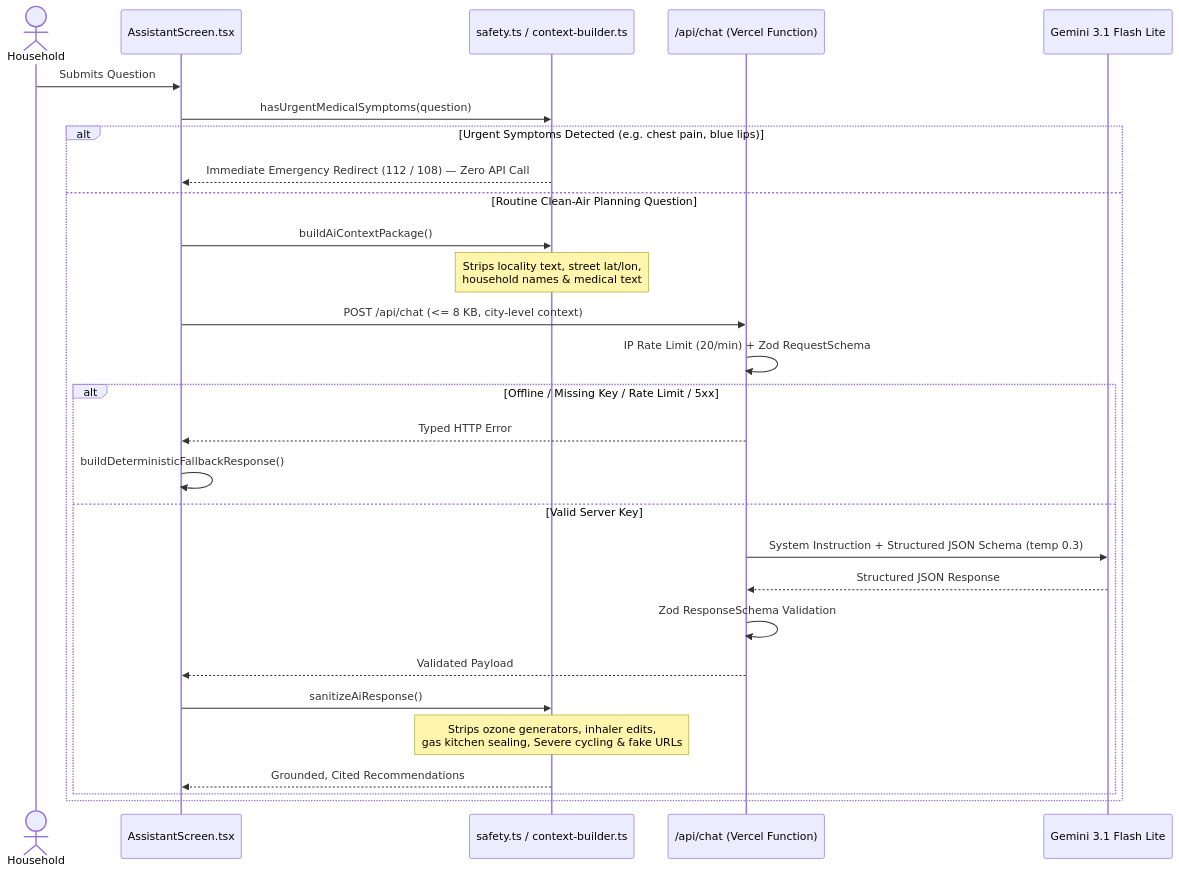
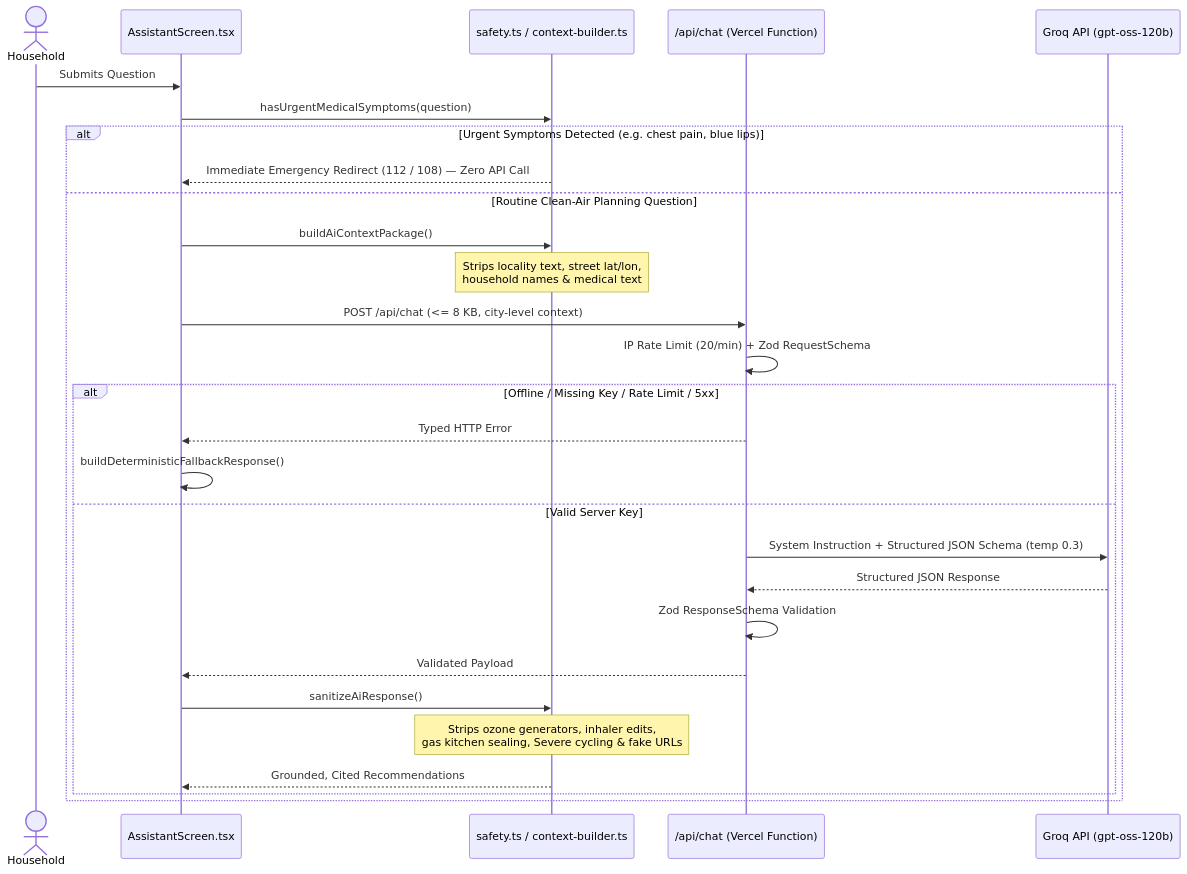
One commit to SuBhAm6G/Challenge-6 changed the fifth of 5 diagrams in README.md. Above: the diagram before and after it, drawn with Mermaid. The commit also changed other lines of this file and 16 other files, not shown here.

````diff
--- a/README.md
+++ b/README.md
@@ -180,31 +180,31 @@
 ```mermaid
 sequenceDiagram
     actor Household
     participant UI as AssistantScreen.tsx
     participant Guard as safety.ts / context-builder.ts
     participant API as /api/chat (Vercel Function)
-    participant Gemini as Gemini 3.1 Flash Lite
+    participant Gemini as Groq API (gpt-oss-120b)
 
     Household->>UI: Submits Question
     UI->>Guard: hasUrgentMedicalSymptoms(question)
     alt Urgent Symptoms Detected (e.g. chest pain, blue lips)
         Guard-->>UI: Immediate Emergency Redirect (112 / 108) — Zero API Call
     else Routine Clean-Air Planning Question
         UI->>Guard: buildAiContextPackage()
         Note over Guard: Strips locality text, street lat/lon,<br/>household names & medical text
         UI->>API: POST /api/chat (<= 8 KB, city-level context)
         API->>API: IP Rate Limit (20/min) + Zod RequestSchema
         alt Offline / Missing Key / Rate Limit / 5xx
             API-->>UI: Typed HTTP Error
             UI->>UI: buildDeterministicFallbackResponse()
         else Valid Server Key
             API->>Gemini: System Instruction + Structured JSON Schema (temp 0.3)
             Gemini-->>API: Structured JSON Response
             API->>API: Zod ResponseSchema Validation
             API-->>UI: Validated Payload
             UI->>Guard: sanitizeAiResponse()
             Note over Guard: Strips ozone generators, inhaler edits,<br/>gas kitchen sealing, Severe cycling & fake URLs
             Guard-->>UI: Grounded, Cited Recommendations
         end
     end
 ```
````
